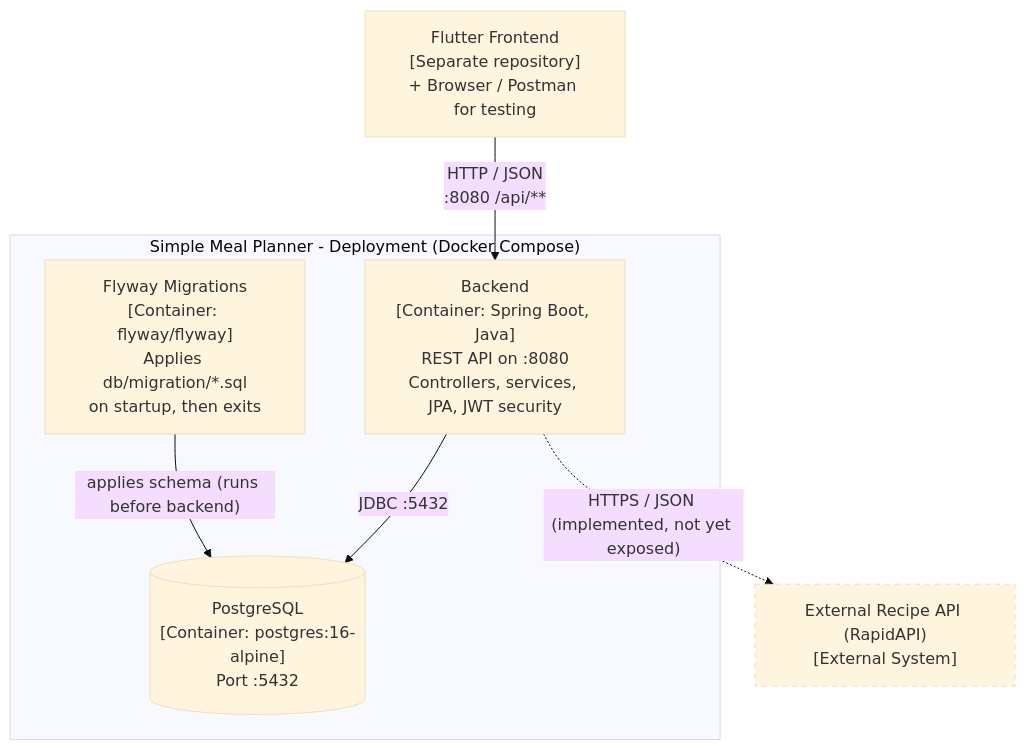
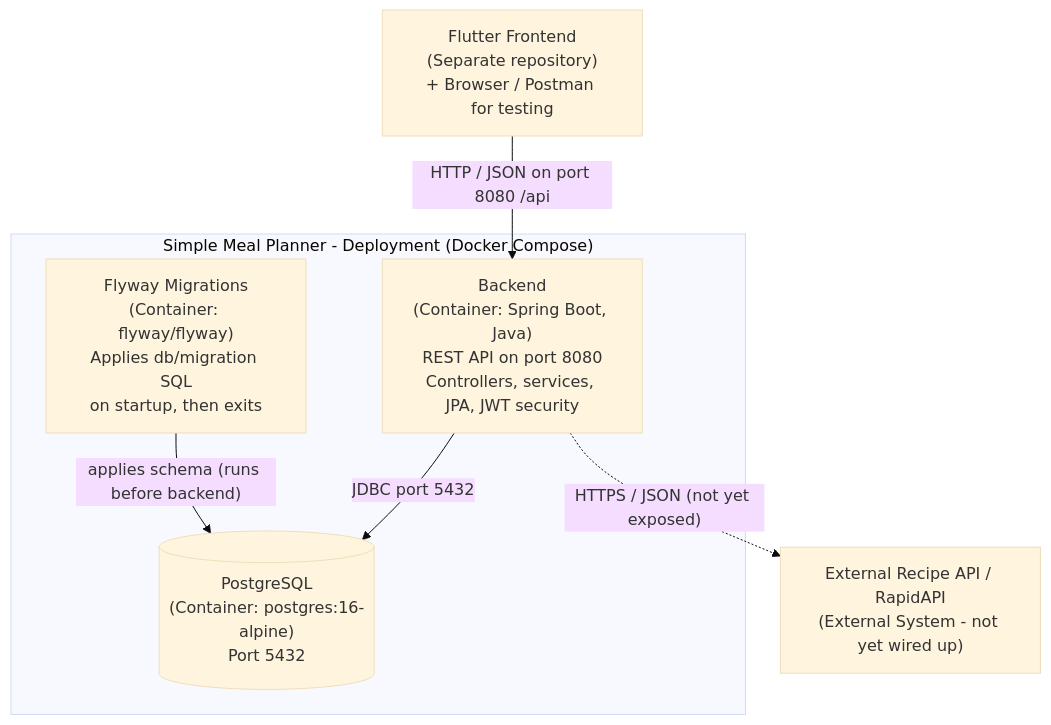
One commit to hsd-inflab/simple-meal-planner changed the diagram in docs/diagrams/c2-container.md. Above: the diagram before and after it, drawn with Mermaid (base theme). The commit also changed other lines of this file and 4 other files, not shown here.

````diff
--- a/docs/diagrams/c2-container.md
+++ b/docs/diagrams/c2-container.md
@@ -8,20 +9,17 @@
 ```mermaid
 graph TB
-    client["Flutter Frontend<br/>[Separate repository]<br/>+ Browser / Postman for testing"]
+    client["Flutter Frontend<br/>(Separate repository)<br/>+ Browser / Postman for testing"]
 
     subgraph system["Simple Meal Planner - Deployment (Docker Compose)"]
-        backend["Backend<br/>[Container: Spring Boot, Java]<br/>REST API on :8080<br/>Controllers, services, JPA, JWT security"]
-        flyway["Flyway Migrations<br/>[Container: flyway/flyway]<br/>Applies db/migration/*.sql<br/>on startup, then exits"]
-        db[("PostgreSQL<br/>[Container: postgres:16-alpine]<br/>Port :5432")]
+        backend["Backend<br/>(Container: Spring Boot, Java)<br/>REST API on port 8080<br/>Controllers, services, JPA, JWT security"]
+        flyway["Flyway Migrations<br/>(Container: flyway/flyway)<br/>Applies db/migration SQL<br/>on startup, then exits"]
+        db[("PostgreSQL<br/>(Container: postgres:16-alpine)<br/>Port 5432")]
     end
 
-    recipeApi["External Recipe API (RapidAPI)<br/>[External System]"]
+    recipeApi["External Recipe API / RapidAPI<br/>(External System - not yet wired up)"]
 
-    client -->|"HTTP / JSON<br/>:8080 /api/**"| backend
-    backend -->|"JDBC :5432"| db
+    client -->|"HTTP / JSON on port 8080 /api"| backend
+    backend -->|"JDBC port 5432"| db
     flyway -->|"applies schema (runs before backend)"| db
-    backend -.->|"HTTPS / JSON (implemented, not yet exposed)"| recipeApi
-
-    classDef planned stroke-dasharray: 5 5;
-    class recipeApi planned;
+    backend -.->|"HTTPS / JSON (not yet exposed)"| recipeApi
 ```
````
